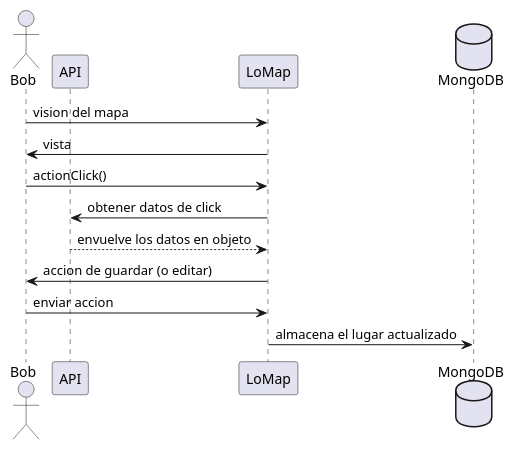
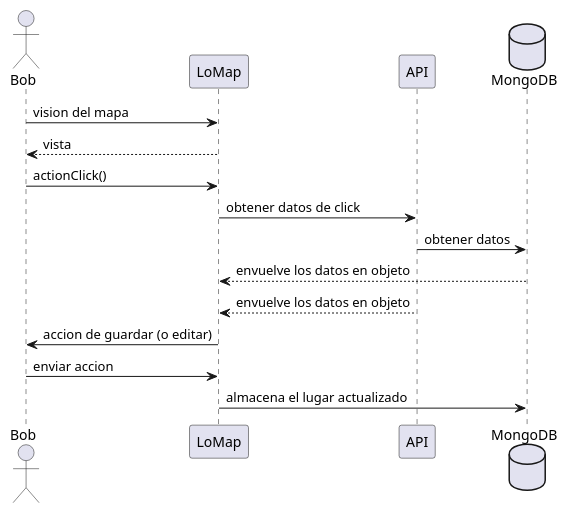
The third of 3 diagrams in docs/06_runtime_view.adoc (Arquisoft/lomap_es5b), drawn with PlantUML before and after one commit. The commit also changed other lines of this file, not shown here.

```diff
--- a/docs/06_runtime_view.adoc
+++ b/docs/06_runtime_view.adoc
@@ -74,15 +76,18 @@
 [plantuml,"InteractiveMap_01",png]
 ----
 actor Bob
+participant LoMap
 participant API
-participant LoMap
 database MongoDB
+
 Bob -> LoMap: vision del mapa
-LoMap -> Bob: vista
+LoMap --> Bob: vista
 Bob -> LoMap: actionClick()
 LoMap -> API: obtener datos de click
+API -> MongoDB: obtener datos 
+MongoDB --> LoMap: envuelve los datos en objeto
 API --> LoMap: envuelve los datos en objeto
 LoMap -> Bob: accion de guardar (o editar)
 Bob -> LoMap: enviar accion
 LoMap -> MongoDB: almacena el lugar actualizado
 ----
```
